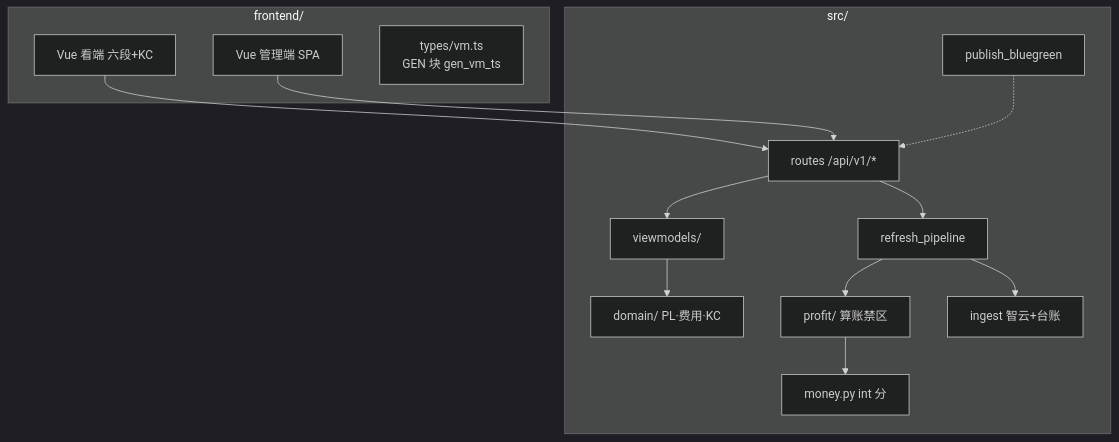
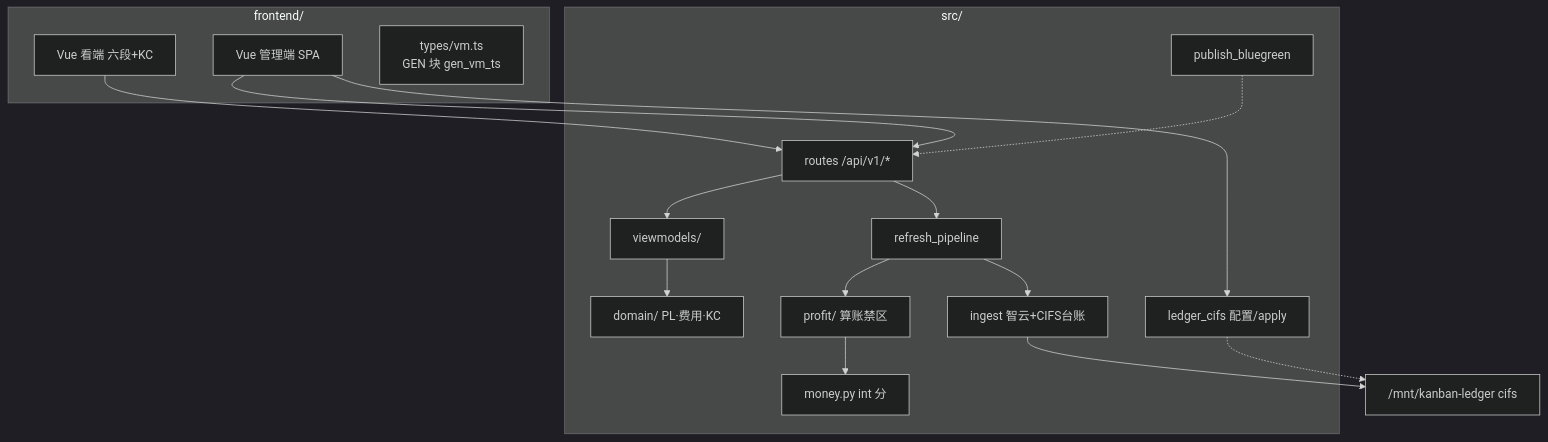
Before and after one commit to EvanLee2004/BI: the diagram in docs/设计图/05_模块与组件图.mmd, drawn with Mermaid (dark theme). The commit also changed 24 other files, not shown here.

First line of the commit message:
docs(3.7.15): align living docs and architecture diagrams to CIFS/PROD

```diff
--- a/docs/设计图/05_模块与组件图.mmd
+++ b/docs/设计图/05_模块与组件图.mmd
@@ -1,26 +1,31 @@
-%% 模块与组件 · VERSION 3.7.7 · 2026-08-03
+%% 模块与组件 · VERSION 3.7.15 · 2026-08-05
 flowchart TB
   subgraph FE["frontend/"]
     VU[Vue 看端 六段+KC]
     AD[Vue 管理端 SPA]
     VMTS["types/vm.ts<br/>GEN 块 gen_vm_ts"]
   end
   subgraph BE["src/"]
     RT["routes /api/v1/*"]
     RP[refresh_pipeline]
     PR["profit/ 算账禁区"]
     DM["domain/ PL·费用·KC"]
     VM[viewmodels/]
     MY[money.py int 分]
-    IG[ingest 智云+台账]
+    IG[ingest 智云+CIFS台账]
+    CF[ledger_cifs 配置/apply]
     PB[publish_bluegreen]
   end
+  MNT["/mnt/kanban-ledger cifs"]
   VU --> RT
   AD --> RT
+  AD --> CF
   RT --> VM
   VM --> DM
   RT --> RP
   RP --> PR
   PR --> MY
   RP --> IG
+  IG --> MNT
+  CF -.-> MNT
   PB -.-> RT
```
